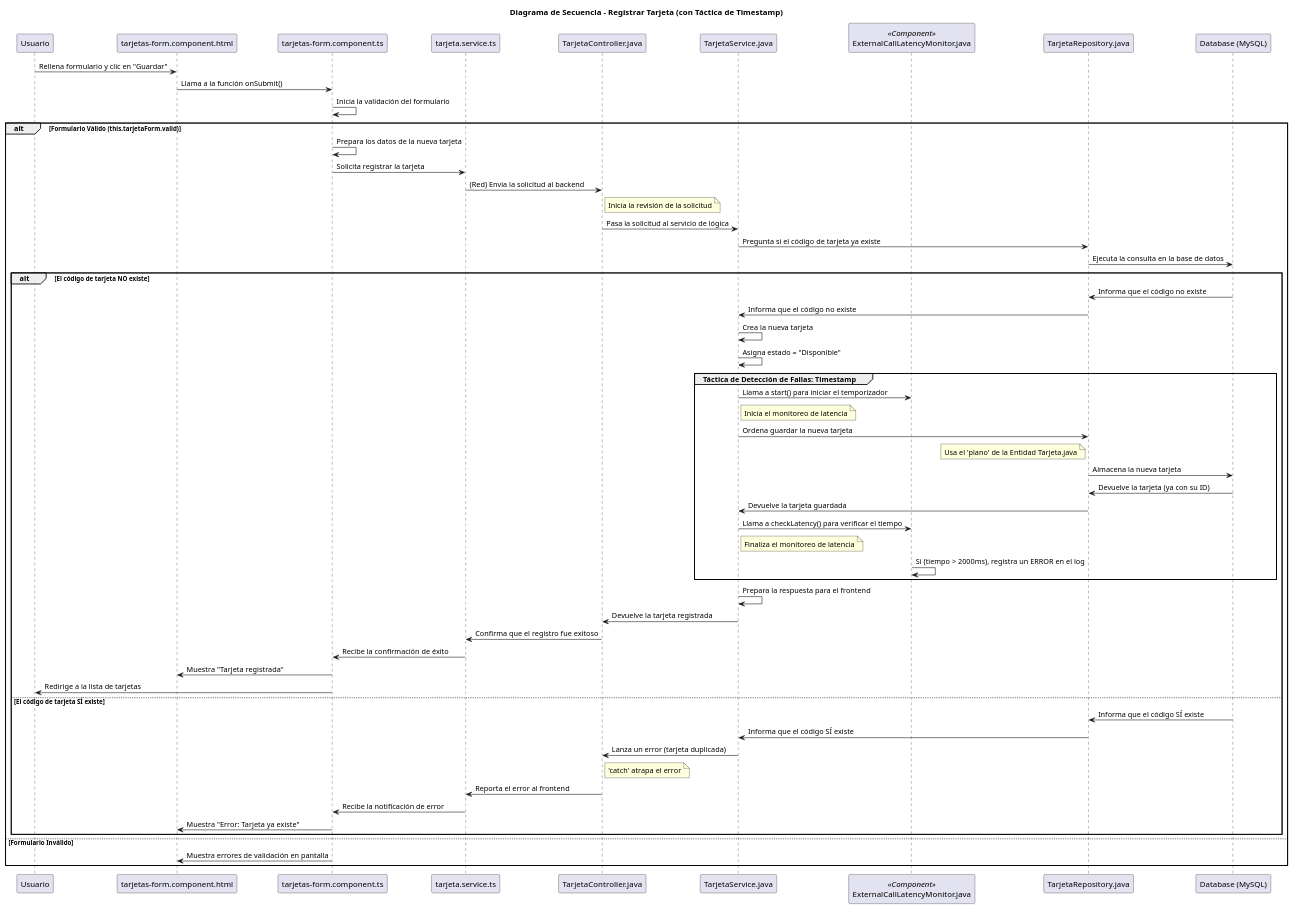
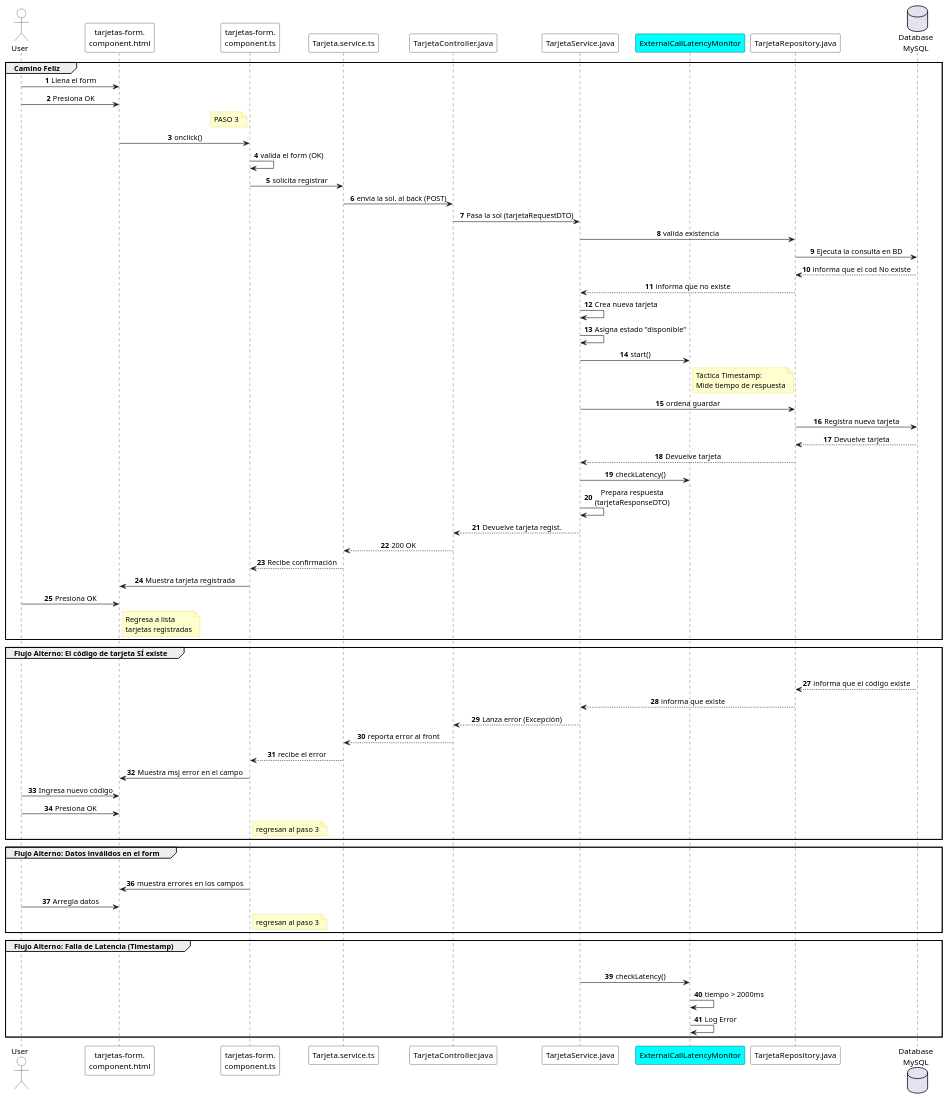
The diagram in timestampSequency.puml (Calidozo1/sistema-inventario-tutarjeta), drawn with PlantUML before and after one commit. The commit also changed 1 other file, not shown here.

Commit message:
diagrama de secuencia y de clase LISTO

```diff
--- a/timestampSequency.puml
+++ b/timestampSequency.puml
@@ -1,72 +1,149 @@
 @startuml
-title Diagrama de Secuencia - Registrar Tarjeta (con Táctica de Timestamp)
+autonumber
 
-participant Usuario
-participant "tarjetas-form.component.html" as Vista
-participant "tarjetas-form.component.ts" as Comp
-participant "tarjeta.service.ts" as ServNg
-participant "TarjetaController.java" as Ctrl
-participant "TarjetaService.java" as ServSp
-participant "ExternalCallLatencyMonitor.java" as Monitor <<Component>>
+' --- CONFIGURACIÓN VISUAL ---
+skinparam sequenceMessageAlign center
+skinparam responseMessageBelowArrow true
+skinparam maxMessageSize 200
+skinparam participant {
+    BackgroundColor White
+    BorderColor Black
+}
+skinparam actor {
+    BackgroundColor White
+    BorderColor Black
+}
+skinparam note {
+    BackgroundColor #FEFECE
+    BorderColor #D4D433
+}
+
+' --- PARTICIPANTES (ACTUALIZADOS) ---
+actor "User" as User
+participant "tarjetas-form.\ncomponent.html" as HTML
+participant "tarjetas-form.\ncomponent.ts" as Component
+participant "Tarjeta.service.ts" as FrontService
+
+' === BACKEND CON TÁCTICA TIMESTAMP ===
+participant "TarjetaController.java" as Controller
+participant "TarjetaService.java" as BackService
+participant "ExternalCallLatencyMonitor" as Monitor #Cyan
 participant "TarjetaRepository.java" as Repo
-participant "Database (MySQL)" as DB
+database "Database\nMySQL" as DB
 
-Usuario->Vista: Rellena formulario y clic en "Guardar"
-Vista->Comp: Llama a la función onSubmit()
+' =========================================================
+' === ESCENARIO PRINCIPAL: CAMINO FELIZ (Registro Exitoso) ===
+' =========================================================
+group Camino Feliz
 
-Comp->Comp: Inicia la validación del formulario
+    ' 1. Frontend
+    User -> HTML: Llena el form
+    User -> HTML: Presiona OK
 
-alt Formulario Válido (this.tarjetaForm.valid)
-    Comp->Comp: Prepara los datos de la nueva tarjeta
-    Comp->ServNg: Solicita registrar la tarjeta
-    ServNg->Ctrl: (Red) Envía la solicitud al backend
+    note left of Component
+        PASO 3
+    end note
 
-    note right of Ctrl: Inicia la revisión de la solicitud
-    Ctrl->ServSp: Pasa la solicitud al servicio de lógica
-    ServSp->Repo: Pregunta si el código de tarjeta ya existe
-    Repo->DB: Ejecuta la consulta en la base de datos
+    HTML -> Component: onclick()
+    Component -> Component: valida el form (OK)
+    Component -> FrontService: solicita registrar
 
-    alt El código de tarjeta NO existe
-        DB->Repo: Informa que el código no existe
-        Repo->ServSp: Informa que el código no existe
-        ServSp->ServSp: Crea la nueva tarjeta
-        ServSp->ServSp: Asigna estado = "Disponible"
+    ' 2. Backend (Conexión Directa)
+    FrontService -> Controller: envia la sol. al back (POST)
 
-        group Táctica de Detección de Fallas: Timestamp
-            ServSp->Monitor: Llama a start() para iniciar el temporizador
-            note right of ServSp: Inicia el monitoreo de latencia
+    ' 3. Lógica de Backend con Táctica Timestamp
+    Controller -> BackService: Pasa la sol (tarjetaRequestDTO)
 
-            ServSp->Repo: Ordena guardar la nueva tarjeta
-            note left of Repo: Usa el 'plano' de la Entidad Tarjeta.java
-            Repo->DB: Almacena la nueva tarjeta
-            DB->Repo: Devuelve la tarjeta (ya con su ID)
-            Repo->ServSp: Devuelve la tarjeta guardada
+    BackService -> Repo: valida existencia
+    Repo -> DB: Ejecuta la consulta en BD
+    DB --> Repo: informa que el cod No existe
+    Repo --> BackService: informa que no existe
 
-            ServSp->Monitor: Llama a checkLatency() para verificar el tiempo
-            note right of ServSp: Finaliza el monitoreo de latencia
-            Monitor->Monitor: Si (tiempo > 2000ms), registra un ERROR en el log
-        end
+    BackService -> BackService: Crea nueva tarjeta
+    BackService -> BackService: Asigna estado "disponible"
 
-        ServSp->ServSp: Prepara la respuesta para el frontend
-        ServSp->Ctrl: Devuelve la tarjeta registrada
-        Ctrl->ServNg:  Confirma que el registro fue exitoso
+    ' ---> INICIO TÁCTICA TIMESTAMP <---
+    BackService -> Monitor: start()
+    note right of Monitor
+        Táctica Timestamp:
+        Mide tiempo de respuesta
+    end note
 
-        ServNg->Comp: Recibe la confirmación de éxito
-        Comp->Vista: Muestra "Tarjeta registrada"
-        Comp->Usuario: Redirige a la lista de tarjetas
+    BackService -> Repo: ordena guardar
+    Repo -> DB: Registra nueva tarjeta
+    DB --> Repo: Devuelve tarjeta
+    Repo --> BackService: Devuelve tarjeta
 
-    else El código de tarjeta SÍ existe
-        DB->Repo: Informa que el código SÍ existe
-        Repo->ServSp: Informa que el código SÍ existe
-        ServSp->Ctrl: Lanza un error (tarjeta duplicada)
+    BackService -> Monitor: checkLatency()
+    ' ---> FIN TÁCTICA TIMESTAMP <---
 
-        note right of Ctrl: 'catch' atrapa el error
-        Ctrl->ServNg:  Reporta el error al frontend
-        ServNg->Comp: Recibe la notificación de error
-        Comp->Vista: Muestra "Error: Tarjeta ya existe"
-    end
+    BackService -> BackService: Prepara respuesta\n(tarjetaResponseDTO)
+    BackService --> Controller: Devuelve tarjeta regist.
 
-else Formulario Inválido
-    Comp->Vista: Muestra errores de validación en pantalla
+    ' 4. Retorno
+    Controller --> FrontService: 200 OK
+
+    FrontService --> Component: Recibe confirmación
+    Component -> HTML: Muestra tarjeta registrada
+
+    ' 5. Acción Final Usuario
+    User -> HTML: Presiona OK
+    note right of HTML
+      Regresa a lista
+      tarjetas registradas
+    end note
 end
+
+' =========================================================
+' === FLUJOS ALTERNOS (Errores) ===
+' =========================================================
+
+' --- 1. Error de Negocio Backend ---
+group Flujo Alterno: El código de tarjeta SÍ existe
+    ' Estira la caja
+    User -[hidden]-> DB
+
+    ' Empieza directo en la respuesta de la BD
+    DB --> Repo: informa que el código existe
+    Repo --> BackService: informa que existe
+
+    BackService --> Controller: Lanza error (Excepción)
+    Controller --> FrontService: reporta error al front
+    FrontService --> Component: recibe el error
+    Component -> HTML: Muestra msj error en el campo
+
+    ' Acción del usuario + Referencia al paso 3
+    User -> HTML: Ingresa nuevo código
+    User -> HTML: Presiona OK
+    note right of Component
+        regresan al paso 3
+    end note
+end
+
+' --- 2. Error de Frontend (Datos Inválidos) ---
+group Flujo Alterno: Datos inválidos en el form
+    ' Estira la caja
+    User -[hidden]-> DB
+
+    ' Empieza directo mostrando errores
+    Component -> HTML: muestra errores en los campos
+
+    ' Acción del usuario + Referencia al paso 3
+    User -> HTML: Arregla datos
+    note right of Component
+        regresan al paso 3
+    end note
+end
+
+' --- 3. Falla de Latencia (Timestamp) ---
+group Flujo Alterno: Falla de Latencia (Timestamp)
+    ' Estira la caja
+    User -[hidden]-> DB
+
+    ' La táctica detecta la falla después de la operación de BD
+    BackService -> Monitor: checkLatency()
+    Monitor -> Monitor: tiempo > 2000ms
+    Monitor -> Monitor: Log Error
+end
+
 @enduml
```
